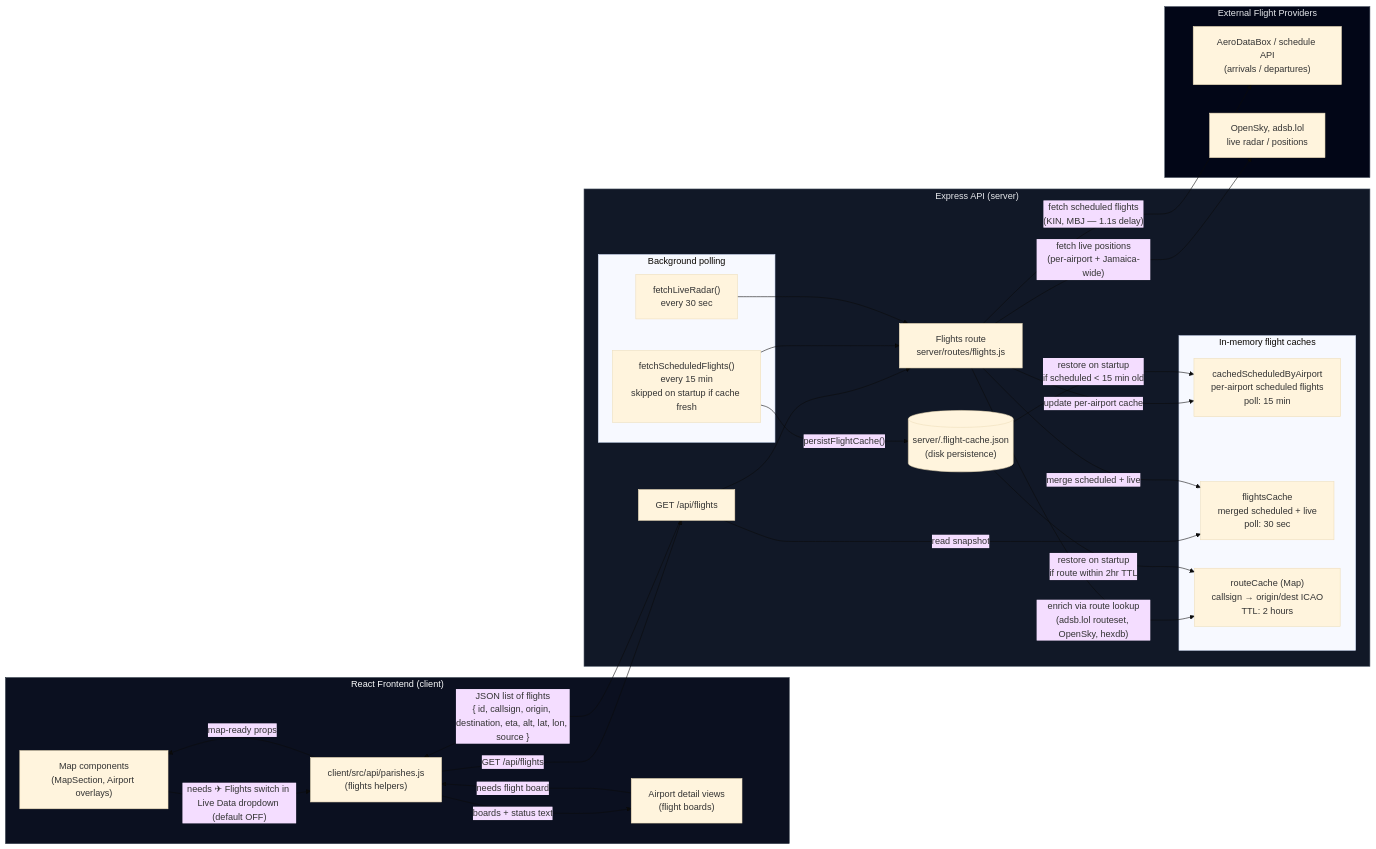
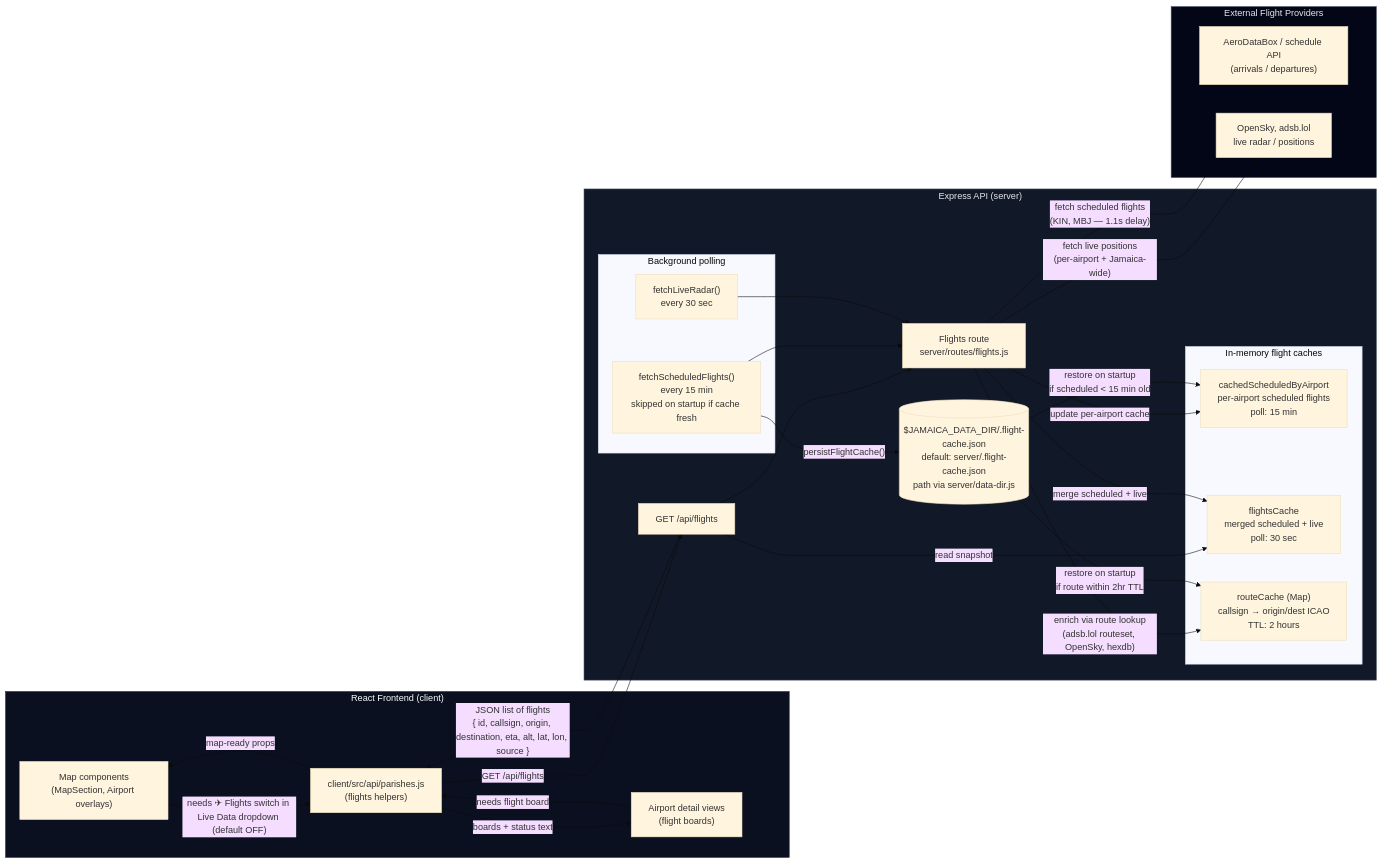
One commit to becomeonewiththecode/jamaica-parish-explorer changed the diagram in docs/FLIGHT-DATA-DIAGRAM.md. Above: the diagram before and after it, drawn with Mermaid (base theme). The commit also changed 6 other files, not shown here.

First line of the commit message:
Update docs and diagrams for JAMAICA_DATA_DIR and build process

````diff
--- a/docs/FLIGHT-DATA-DIAGRAM.md
+++ b/docs/FLIGHT-DATA-DIAGRAM.md
@@ -5,73 +5,73 @@
 ```mermaid
 flowchart LR
   %% Frontend
   subgraph Frontend["React Frontend (client)"]
     Map["Map components<br/>(MapSection, Airport overlays)"]
     AirportViews["Airport detail views<br/>(flight boards)"]
     FlightsApiClient["client/src/api/parishes.js<br/>(flights helpers)"]
   end
 
   %% Backend
   subgraph Backend["Express API (server)"]
     FlightsRoute["Flights route<br/>server/routes/flights.js"]
     FlightsEndpoint["GET /api/flights"]
 
     subgraph FlightCache["In-memory flight caches"]
       ScheduledCache["cachedScheduledByAirport<br/>per-airport scheduled flights<br/>poll: 15 min"]
       LiveCache["flightsCache<br/>merged scheduled + live<br/>poll: 30 sec"]
       RouteCache["routeCache (Map)<br/>callsign → origin/dest ICAO<br/>TTL: 2 hours"]
     end
 
-    DiskCache[("server/.flight-cache.json<br/>(disk persistence)")]
+    DiskCache[("$JAMAICA_DATA_DIR/.flight-cache.json<br/>default: server/.flight-cache.json<br/>path via server/data-dir.js")]
 
     subgraph FlightJobs["Background polling"]
       ScheduledPoll["fetchScheduledFlights()<br/>every 15 min<br/>skipped on startup if cache fresh"]
       LivePoll["fetchLiveRadar()<br/>every 30 sec"]
     end
   end
 
   %% External providers
   subgraph FlightProviders["External Flight Providers"]
     Sched["AeroDataBox / schedule API<br/>(arrivals / departures)"]
     Radar["OpenSky, adsb.lol<br/>live radar / positions"]
   end
 
   %% Frontend calls backend
   Map -->|"needs ✈ Flights switch in Live Data dropdown (default OFF)"| FlightsApiClient
   AirportViews -->|"needs flight board"| FlightsApiClient
   FlightsApiClient -->|"GET /api/flights"| FlightsEndpoint
 
   %% Endpoint uses cache
   FlightsEndpoint -->|"read snapshot"| LiveCache
   FlightsEndpoint --> FlightsRoute
 
   %% Scheduled poll fetches from AeroDataBox (paid API)
   ScheduledPoll --> FlightsRoute
   FlightsRoute -->|"fetch scheduled flights<br/>(KIN, MBJ — 1.1s delay)"| Sched
   FlightsRoute -->|"update per-airport cache"| ScheduledCache
 
   %% Live poll fetches from free radar APIs
   LivePoll --> FlightsRoute
   FlightsRoute -->|"fetch live positions<br/>(per-airport + Jamaica-wide)"| Radar
   FlightsRoute -->|"enrich via route lookup<br/>(adsb.lol routeset, OpenSky, hexdb)"| RouteCache
   FlightsRoute -->|"merge scheduled + live"| LiveCache
 
   %% Disk persistence: scheduled + routes written after each scheduled fetch and every 5 min
   ScheduledPoll -->|"persistFlightCache()"| DiskCache
   DiskCache -->|"restore on startup<br/>if scheduled &lt; 15 min old"| ScheduledCache
   DiskCache -->|"restore on startup<br/>if route within 2hr TTL"| RouteCache
 
   %% Data back to frontend
   FlightsEndpoint -->|"JSON list of flights<br/>{ id, callsign, origin, destination, eta, alt, lat, lon, source }"| FlightsApiClient
   FlightsApiClient -->|"map-ready props"| Map
   FlightsApiClient -->|"boards + status text"| AirportViews
 
   %% Legend
   classDef frontend fill:#0b1020,stroke:#1f2937,color:#f9fafb;
   classDef backend fill:#111827,stroke:#4b5563,color:#e5e7eb;
   classDef external fill:#020617,stroke:#4b5563,color:#e5e7eb;
 
   class Frontend frontend;
   class Backend backend;
   class FlightProviders external;
 ```
````
